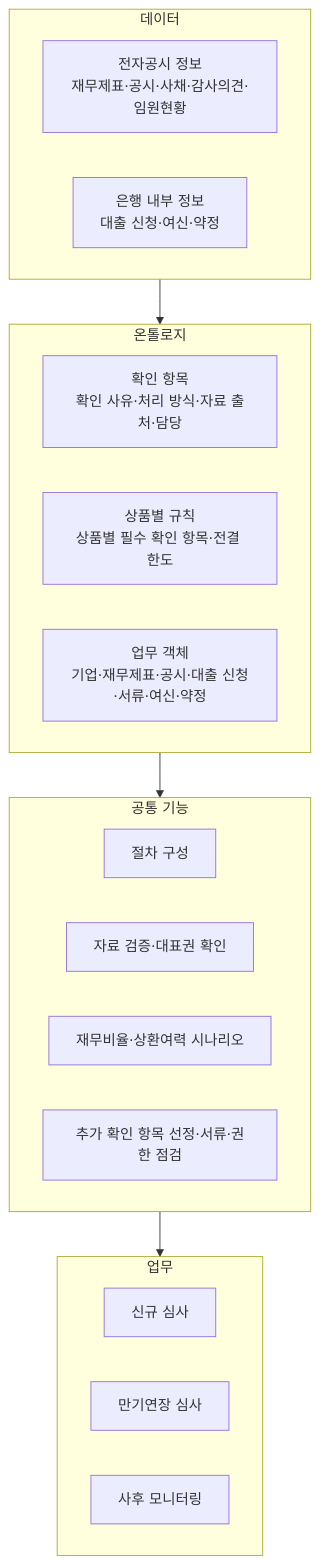
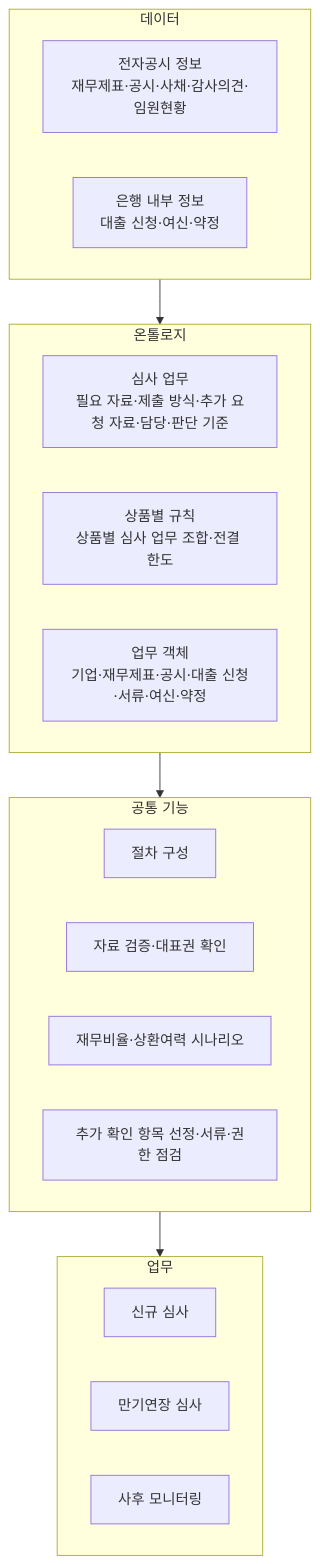
The diagram in docs/구상안.md (kjhoeakjy/nice), drawn with Mermaid before and after one commit. The commit also changed other lines of this file and 10 other files, not shown here.

````diff
--- a/docs/구상안.md
+++ b/docs/구상안.md
@@ -57,24 +57,24 @@
 ```mermaid
 flowchart TB
   subgraph D[데이터]
     D1[전자공시 정보<br/>재무제표·공시·사채·감사의견·임원현황]
     D2[은행 내부 정보<br/>대출 신청·여신·약정]
   end
   subgraph O[온톨로지]
-    O1[확인 항목<br/>확인 사유·처리 방식·자료 출처·담당]
-    O2[상품별 규칙<br/>상품별 필수 확인 항목·전결 한도]
+    O1[심사 업무<br/>필요 자료·제출 방식·추가 요청 자료·담당·판단 기준]
+    O2[상품별 규칙<br/>상품별 심사 업무 조합·전결 한도]
     O3[업무 객체<br/>기업·재무제표·공시·대출 신청·서류·여신·약정]
   end
   subgraph F[공통 기능]
     F1[절차 구성]
     F2[자료 검증·대표권 확인]
     F3[재무비율·상환여력 시나리오]
     F4[추가 확인 항목 선정·서류·권한 점검]
   end
   subgraph P[업무]
     P1[신규 심사]
     P2[만기연장 심사]
     P3[사후 모니터링]
   end
   D --> O --> F --> P
 ```
````
